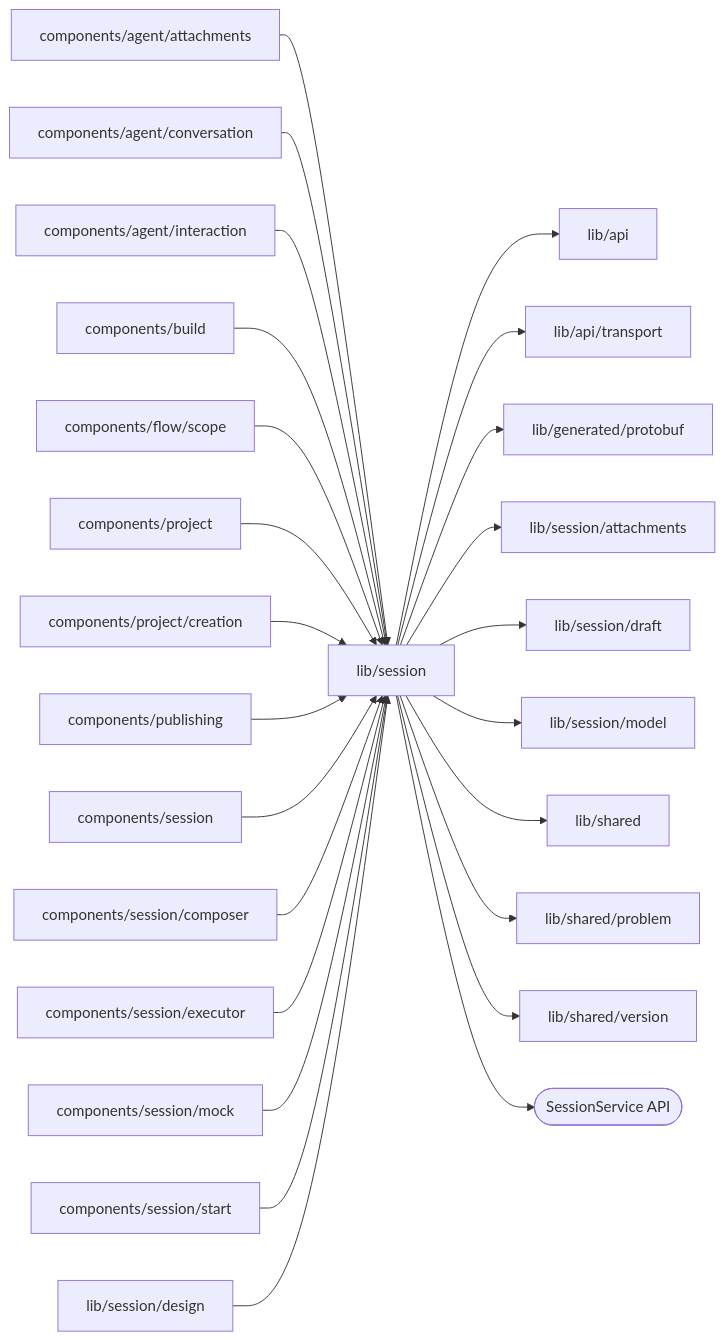
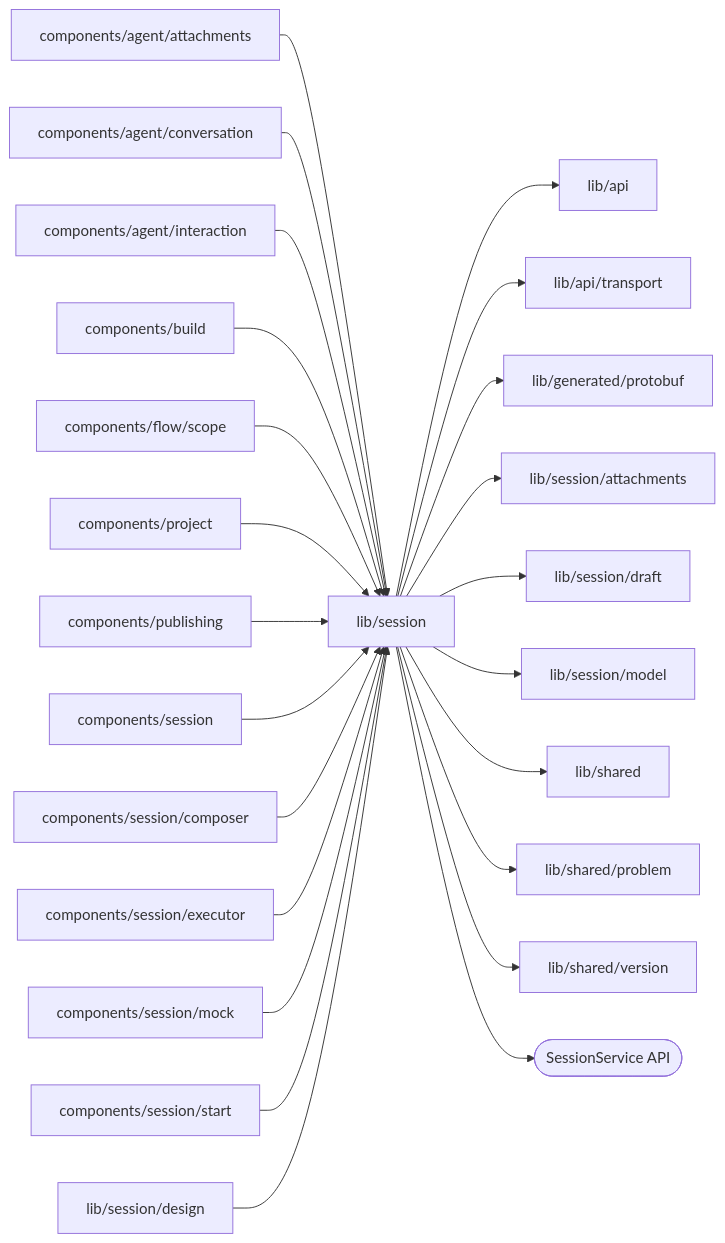
One commit to superdurable/superverse changed the diagram in web/studio/lib/session/README.md. Above: the diagram before and after it, drawn with Mermaid. The commit also changed other lines of this file and 31 other files, not shown here.

````diff
--- a/web/studio/lib/session/README.md
+++ b/web/studio/lib/session/README.md
@@ -10,28 +10,27 @@
 ```mermaid
 flowchart LR
   self["lib/session"]
   c0["components/agent/attachments"] --> self
   c1["components/agent/conversation"] --> self
   c2["components/agent/interaction"] --> self
   c3["components/build"] --> self
   c4["components/flow/scope"] --> self
   c5["components/project"] --> self
-  c6["components/project/creation"] --> self
-  c7["components/publishing"] --> self
-  c8["components/session"] --> self
-  c9["components/session/composer"] --> self
-  c10["components/session/executor"] --> self
-  c11["components/session/mock"] --> self
-  c12["components/session/start"] --> self
-  c13["lib/session/design"] --> self
+  c6["components/publishing"] --> self
+  c7["components/session"] --> self
+  c8["components/session/composer"] --> self
+  c9["components/session/executor"] --> self
+  c10["components/session/mock"] --> self
+  c11["components/session/start"] --> self
+  c12["lib/session/design"] --> self
   self --> d0["lib/api"]
   self --> d1["lib/api/transport"]
   self --> d2["lib/generated/protobuf"]
   self --> d3["lib/session/attachments"]
   self --> d4["lib/session/draft"]
   self --> d5["lib/session/model"]
   self --> d6["lib/shared"]
   self --> d7["lib/shared/problem"]
   self --> d8["lib/shared/version"]
   self --> e0(["SessionService API"])
 ```
````
